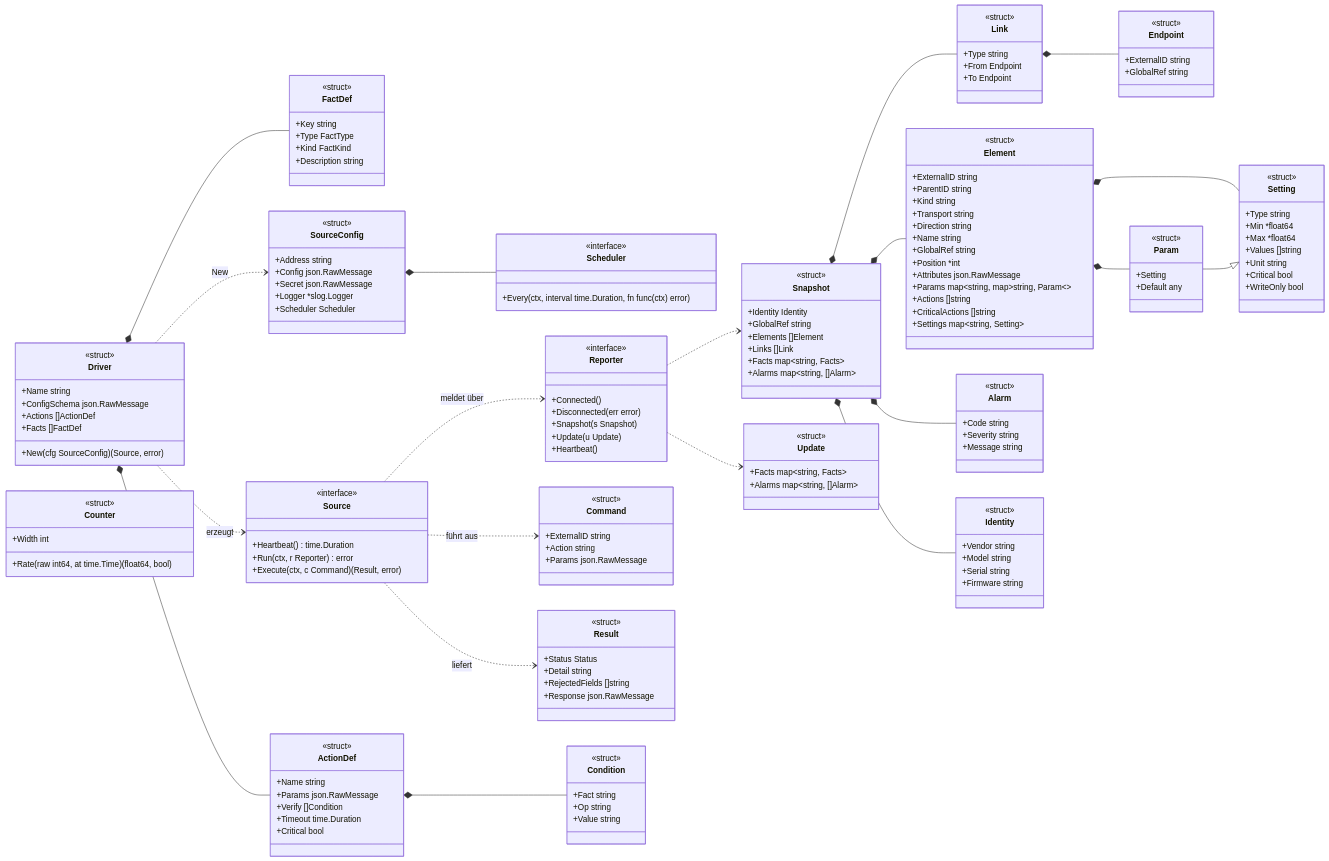
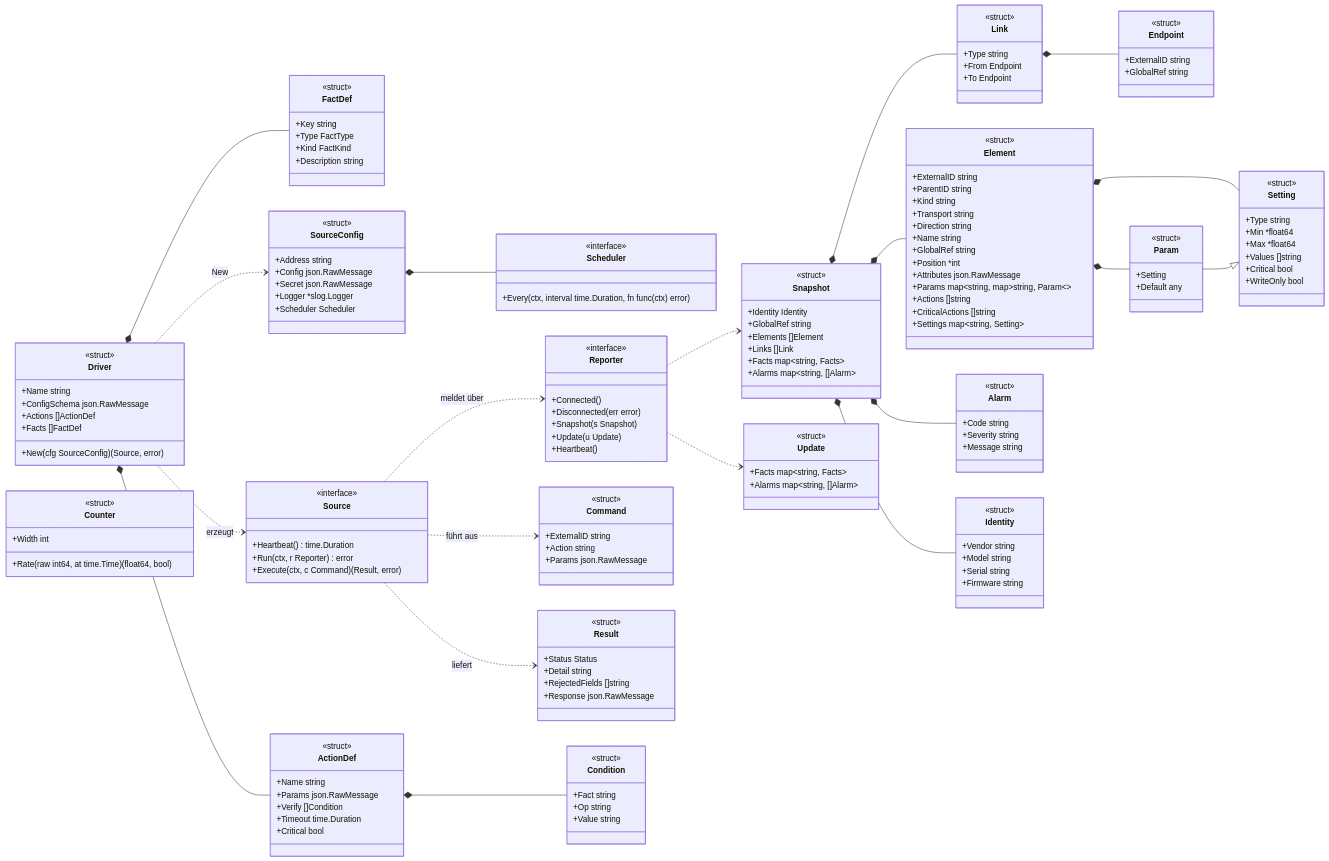
The first of 7 diagrams in docs/contracts/sdk.md (lukirs95/monika), drawn with Mermaid before and after one commit. The commit also changed other lines of this file and 10 other files, not shown here.

```diff
--- a/docs/contracts/sdk.md
+++ b/docs/contracts/sdk.md
@@ -144,7 +144,6 @@
         +Min *float64
         +Max *float64
         +Values []string
-        +Unit string
         +Critical bool
         +WriteOnly bool
     }
```
